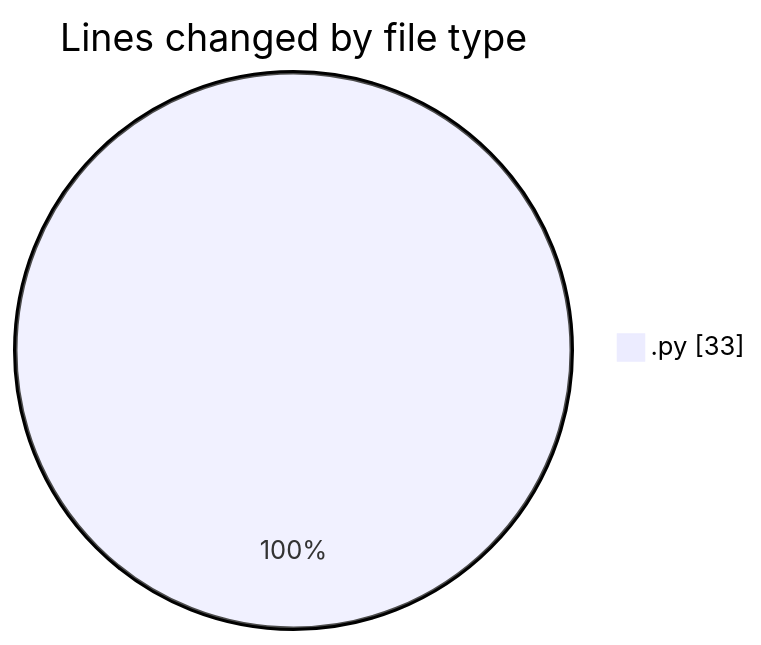
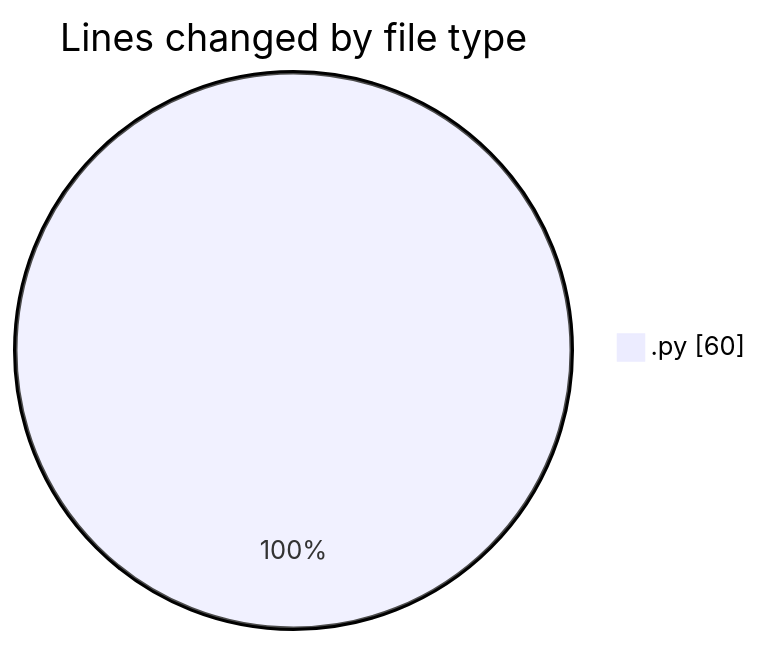
One commit to FelipKnott/code-tracking changed the first of 2 diagrams in 2025-07-14/habilita/README.md. Above: the diagram before and after it, drawn with Mermaid. The commit also changed other lines of this file and 1 other file, not shown here.

````diff
--- a/2025-07-14/habilita/README.md
+++ b/2025-07-14/habilita/README.md
@@ -20,5 +21,5 @@
 ```mermaid
 pie showData
 title Lines changed by file type
-".py" : 33
+".py" : 60
 ```
````
